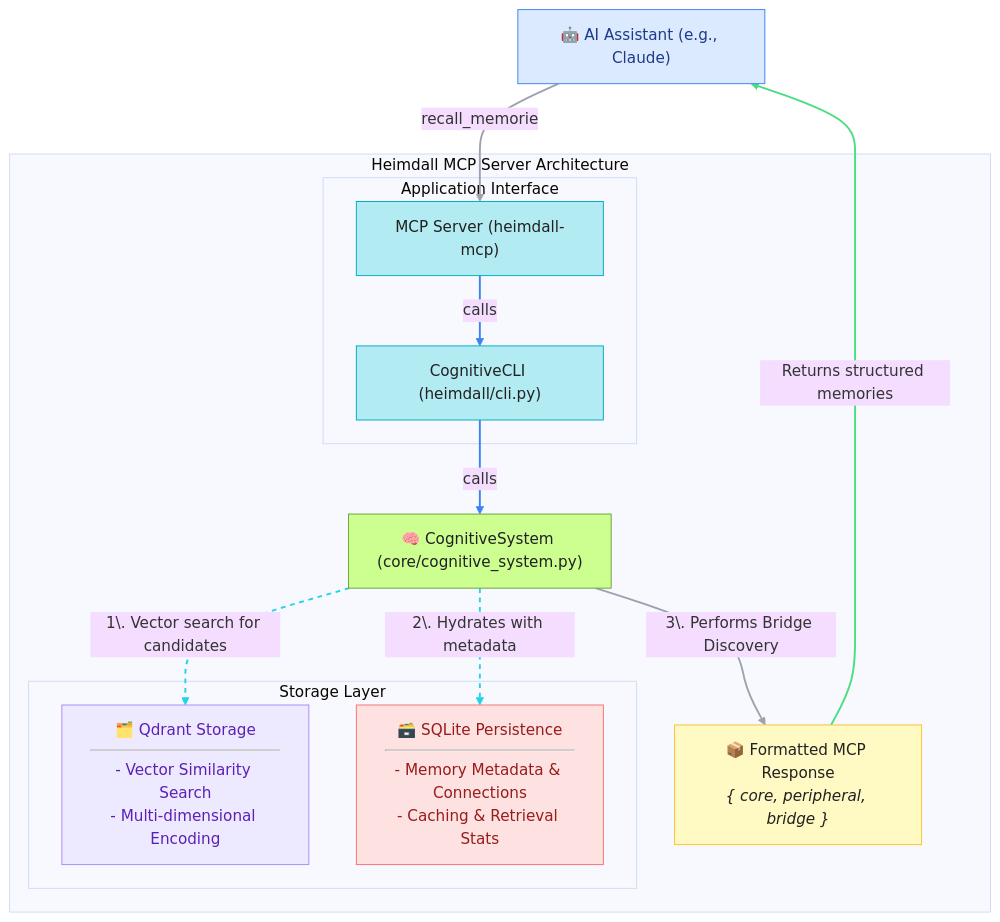
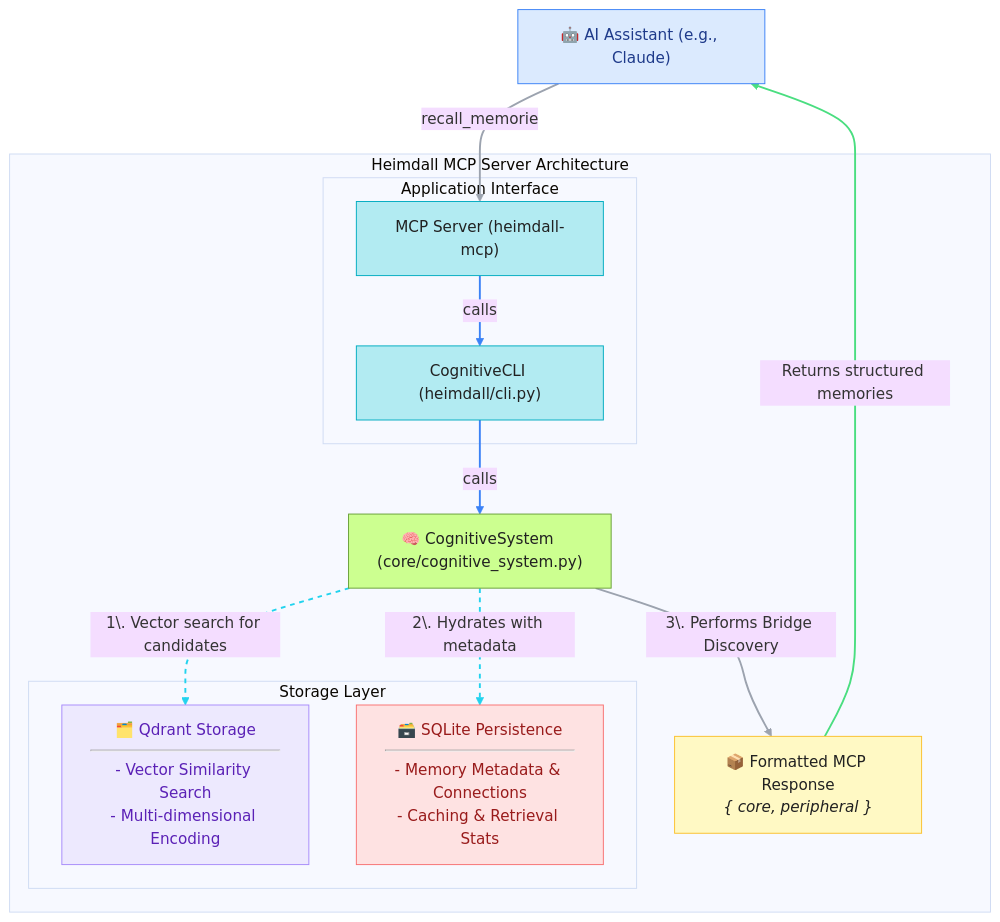
Before and after one commit to murdrae/heimdall-mcp-server: the diagram in README.md, drawn with Mermaid (base theme). The commit also changed 37 other files, not shown here.

````diff
--- a/README.md
+++ b/README.md
@@ -120,74 +120,74 @@
 ```mermaid
 graph TD
     %% Main client outside the server architecture
     AI_Assistant["🤖 AI Assistant (e.g., Claude)"]
 
     %% Top-level subgraph for the entire server
     subgraph Heimdall MCP Server Architecture
 
         %% 1. Application Interface Layer
         subgraph Application Interface
             MCP_Server["MCP Server (heimdall-mcp)"]
             CLI["CognitiveCLI (heimdall/cli.py)"]
             style MCP_Server fill:#b2ebf2,stroke:#00acc1,color:#212121
             style CLI fill:#b2ebf2,stroke:#00acc1,color:#212121
         end
 
         %% 2. Core Logic Engine
         style Cognitive_System fill:#ccff90,stroke:#689f38,color:#212121
         Cognitive_System["🧠 CognitiveSystem (core/cognitive_system.py)<br/>"]
 
         %% 3. Storage Layer (components side-by-side)
         subgraph Storage Layer
             Qdrant["🗂️ Qdrant Storage<br/><hr/>- Vector Similarity Search<br/>- Multi-dimensional Encoding"]
             SQLite["🗃️ SQLite Persistence<br/><hr/>- Memory Metadata & Connections<br/>- Caching & Retrieval Stats"]
         end
 
         %% 4. Output Formatting
         style Formatted_Response fill:#fff9c4,stroke:#fbc02d,color:#212121
-        Formatted_Response["📦 Formatted MCP Response<br/><i>{ core, peripheral, bridge }</i>"]
+        Formatted_Response["📦 Formatted MCP Response<br/><i>{ core, peripheral }</i>"]
 
         %% Define internal flow
         MCP_Server -- calls --> CLI
         CLI -- calls --> Cognitive_System
 
         Cognitive_System -- "1\. Vector search for candidates" --> Qdrant
         Cognitive_System -- "2\. Hydrates with metadata" --> SQLite
         Cognitive_System -- "3\. Performs Bridge Discovery" --> Formatted_Response
 
     end
 
     %% Define overall request/response flow between client and server
     AI_Assistant -- "recall_memorie" --> MCP_Server
     Formatted_Response -- "Returns structured memories" --> AI_Assistant
 
     %% --- Styling Block ---
 
     %% 1. Node Styling using Class Definitions
     classDef aiClientStyle fill:#dbeafe,stroke:#3b82f6,color:#1e3a8a
     classDef interfaceNodeStyle fill:#cffafe,stroke:#22d3ee,color:#0e7490
     classDef coreLogicStyle fill:#dcfce7,stroke:#4ade80,color:#166534
     classDef qdrantNodeStyle fill:#ede9fe,stroke:#a78bfa,color:#5b21b6
     classDef sqliteNodeStyle fill:#fee2e2,stroke:#f87171,color:#991b1b
     classDef responseNodeStyle fill:#fef9c3,stroke:#facc15,color:#854d0e
 
     %% 2. Assigning Classes to Nodes
     class AI_Assistant aiClientStyle
     class MCP_Server,CLI interfaceNodeStyle
     class Cognitive_System coreLogicStyle
     class Qdrant qdrantNodeStyle
     class SQLite sqliteNodeStyle
     class Formatted_Response responseNodeStyle
 
     %% 3. Link (Arrow) Styling
     %% Note: Styling edge label text is not reliably supported. This styles the arrow lines themselves.
     %% Primary request/response flow (links 0 and 1)
     linkStyle 0,1 stroke:#3b82f6,stroke-width:2px
     %% Internal application calls (links 2 and 3)
     linkStyle 2,3 stroke:#22d3ee,stroke-width:2px,stroke-dasharray: 5 5
     %% Internal data access calls (links 4 and 5)
     linkStyle 4,5 stroke:#9ca3af,stroke-width:2px
     %% Final processing call (link 6)
     linkStyle 6 stroke:#4ade80,stroke-width:2px
 
 ```
````
